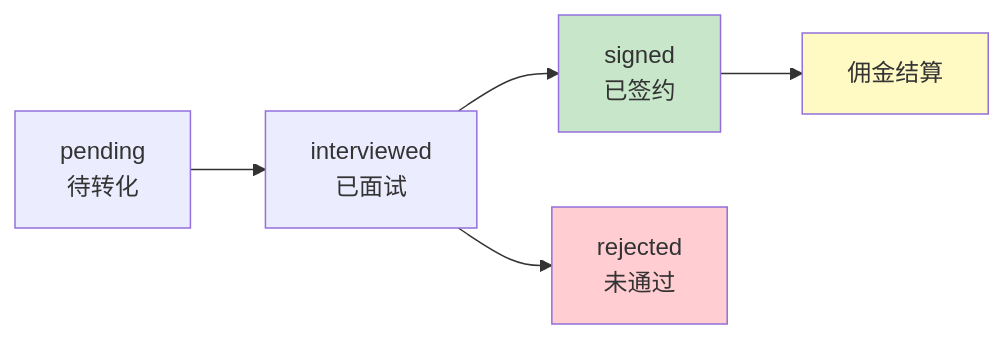
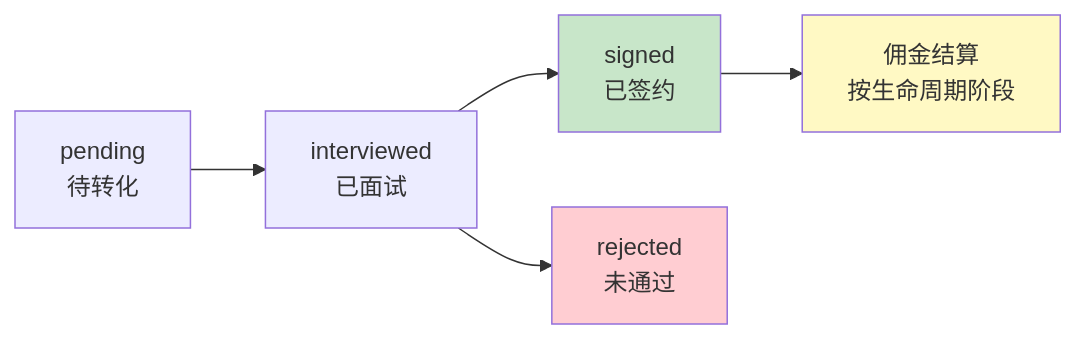
One commit to chzhh393/aomi-star changed the third of 3 diagrams in docs/guides/business/workflows/scout-referral.md. Above: the diagram before and after it, drawn with Mermaid. The commit also changed other lines of this file and 47 other files, not shown here.

````diff
--- a/docs/guides/business/workflows/scout-referral.md
+++ b/docs/guides/business/workflows/scout-referral.md
@@ -97,12 +204,12 @@
 ```mermaid
 graph LR
     A[pending<br/>待转化] --> B[interviewed<br/>已面试]
     B --> C[signed<br/>已签约]
     B --> D[rejected<br/>未通过]
 
-    C --> E[佣金结算]
+    C --> E[佣金结算<br/>按生命周期阶段]
 
     style C fill:#c8e6c9
     style D fill:#ffcdd2
     style E fill:#fff9c4
 ```
````
